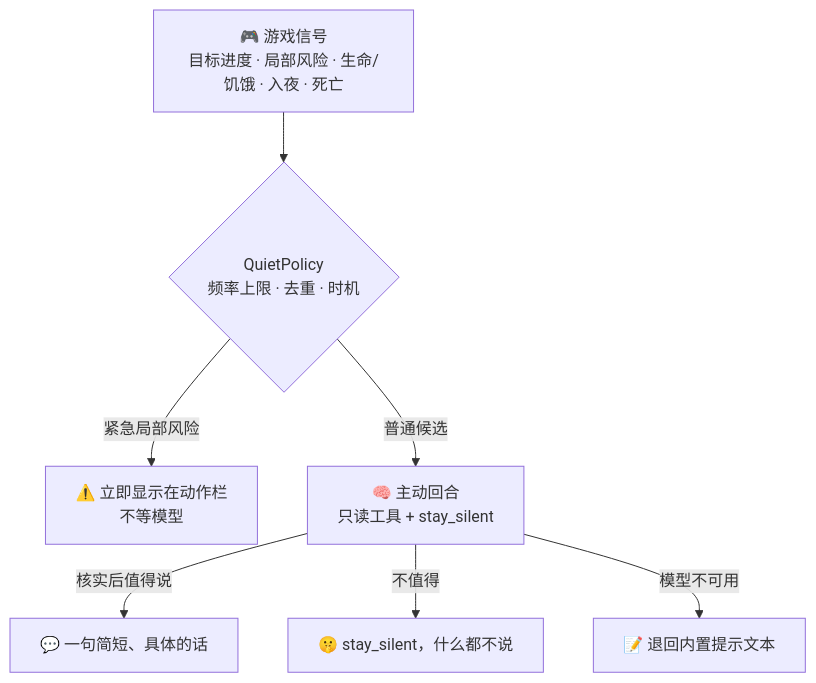
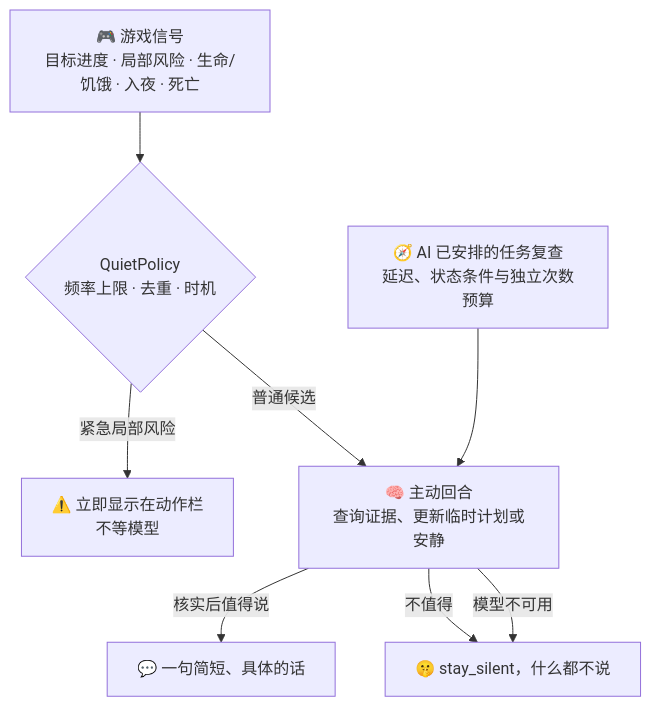
One commit to obsidianplusplus/PandaGPT changed the diagram in docs/wiki/zh/Proactive-Assistant.md. Above: the diagram before and after it, drawn with Mermaid. The commit also changed other lines of this file and 51 other files, not shown here.

````diff
--- a/docs/wiki/zh/Proactive-Assistant.md
+++ b/docs/wiki/zh/Proactive-Assistant.md
@@ -15,9 +15,10 @@
 ```mermaid
 flowchart TD
     G["🎮 游戏信号<br/>目标进度 · 局部风险 · 生命/饥饿 · 入夜 · 死亡"] --> Q{"QuietPolicy<br/>频率上限 · 去重 · 时机"}
     Q -->|紧急局部风险| AB["⚠️ 立即显示在动作栏<br/>不等模型"]
-    Q -->|普通候选| A["🧠 主动回合<br/>只读工具 + stay_silent"]
+    Q -->|普通候选| A["🧠 主动回合<br/>查询证据、更新临时计划或安静"]
+    W["🧭 AI 已安排的任务复查<br/>延迟、状态条件与独立次数预算"] --> A
     A -->|核实后值得说| S["💬 一句简短、具体的话"]
     A -->|不值得| N["🤫 stay_silent，什么都不说"]
-    A -->|模型不可用| F["📝 退回内置提示文本"]
+    A -->|模型不可用| N
 ```
````
